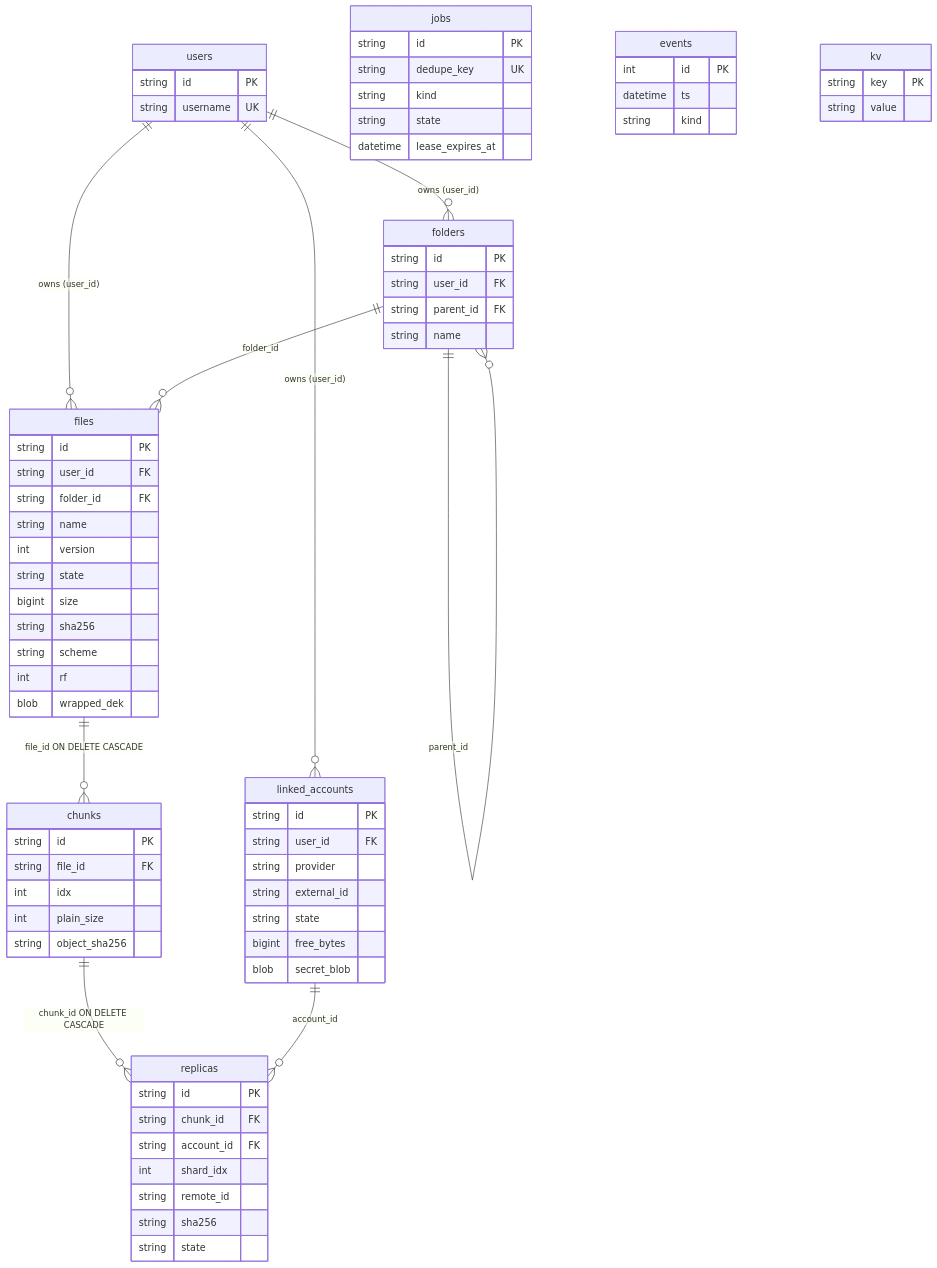
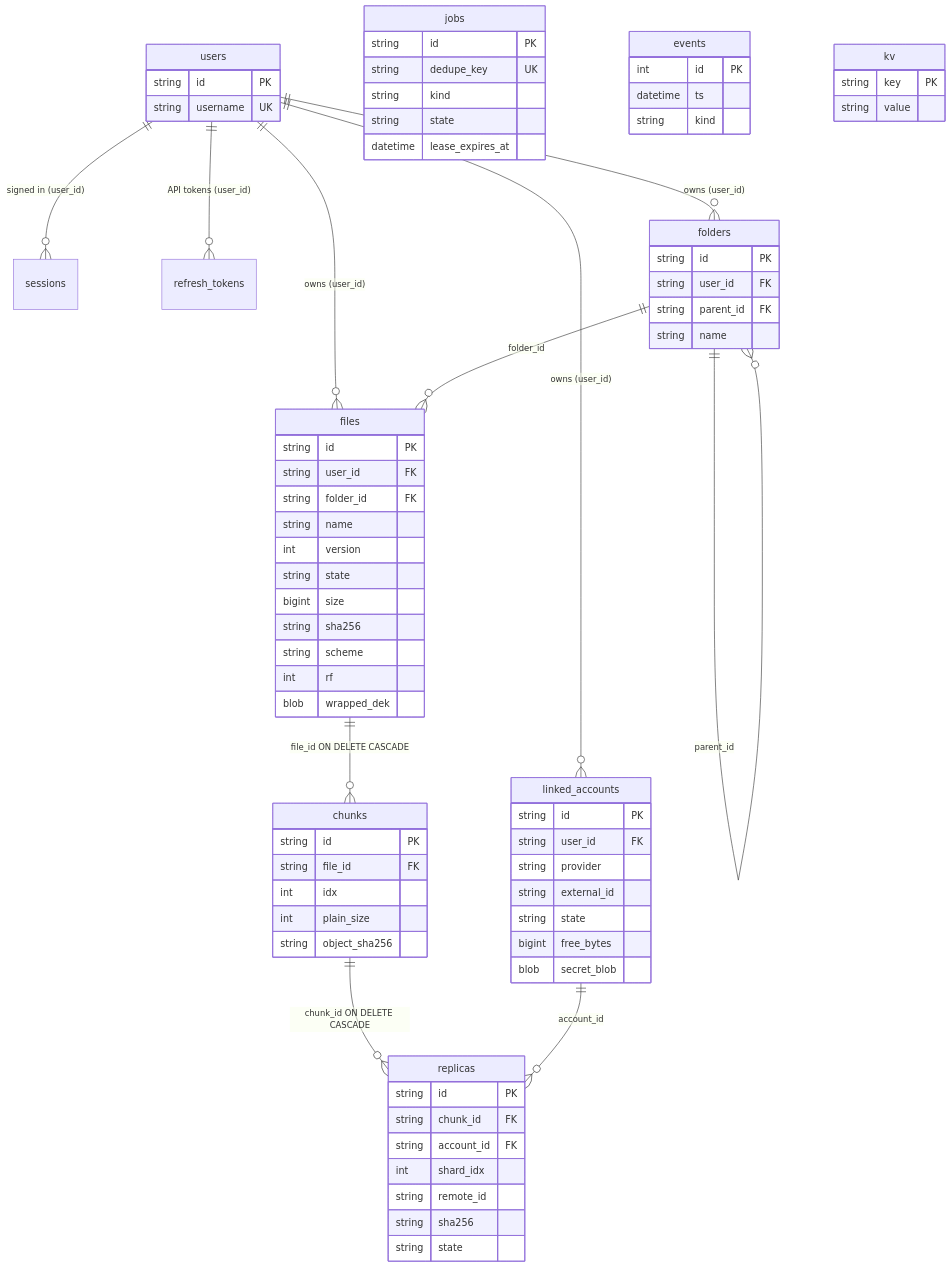
One commit to PRAJINRAJ-RANAWAT/DriveMesh changed the ninth of 10 diagrams in docs/design/08-how-it-works.md. Above: the diagram before and after it, drawn with Mermaid. The commit also changed other lines of this file and 6 other files, not shown here.

````diff
--- a/docs/design/08-how-it-works.md
+++ b/docs/design/08-how-it-works.md
@@ -966,75 +1016,77 @@
 ```mermaid
 erDiagram
   users ||--o{ linked_accounts : "owns (user_id)"
+  users ||--o{ sessions : "signed in (user_id)"
+  users ||--o{ refresh_tokens : "API tokens (user_id)"
   users ||--o{ folders : "owns (user_id)"
   users ||--o{ files : "owns (user_id)"
   folders ||--o{ folders : "parent_id"
   folders ||--o{ files : "folder_id"
   files ||--o{ chunks : "file_id ON DELETE CASCADE"
   chunks ||--o{ replicas : "chunk_id ON DELETE CASCADE"
   linked_accounts ||--o{ replicas : "account_id"
   users {
     string id PK
     string username UK
   }
   linked_accounts {
     string id PK
     string user_id FK
     string provider
     string external_id
     string state
     bigint free_bytes
     blob secret_blob
   }
   folders {
     string id PK
     string user_id FK
     string parent_id FK
     string name
   }
   files {
     string id PK
     string user_id FK
     string folder_id FK
     string name
     int version
     string state
     bigint size
     string sha256
     string scheme
     int rf
     blob wrapped_dek
   }
   chunks {
     string id PK
     string file_id FK
     int idx
     int plain_size
     string object_sha256
   }
   replicas {
     string id PK
     string chunk_id FK
     string account_id FK
     int shard_idx
     string remote_id
     string sha256
     string state
   }
   jobs {
     string id PK
     string dedupe_key UK
     string kind
     string state
     datetime lease_expires_at
   }
   events {
     int id PK
     datetime ts
     string kind
   }
   kv {
     string key PK
     string value
   }
 ```
````
